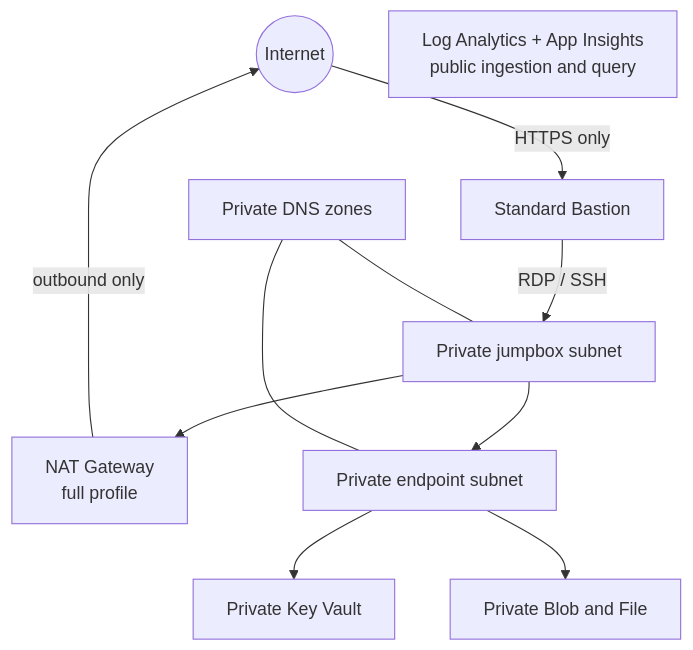
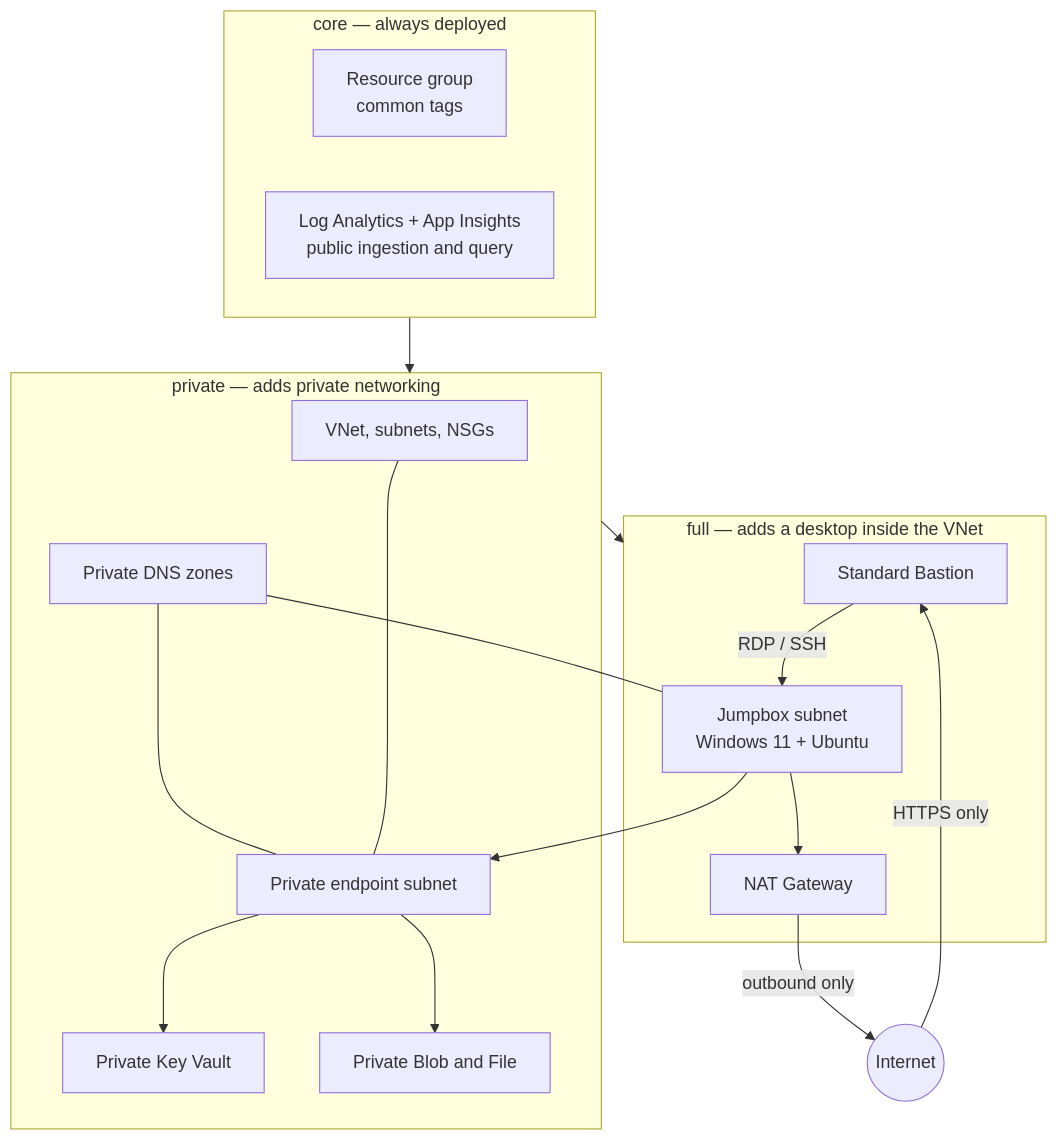
One commit to embergershared/azd-private-starter-template changed the diagram in docs/architecture.md. Above: the diagram before and after it, drawn with Mermaid. The commit also changed other lines of this file and 64 other files, not shown here.

First line of the commit message:
Refactor into universal Azure starter: core layer, profile ladder, module catalog

````diff
--- a/docs/architecture.md
+++ b/docs/architecture.md
@@ -7,13 +23,30 @@
 ```mermaid
 flowchart TB
-  Internet((Internet)) -->|HTTPS only| Bastion[Standard Bastion]
-  Bastion -->|RDP / SSH| Jump[Private jumpbox subnet]
-  NAT[NAT Gateway<br/>full profile] -->|outbound only| Internet
+  subgraph core["core — always deployed"]
+    RG[Resource group<br/>common tags]
+    Monitor[Log Analytics + App Insights<br/>public ingestion and query]
+  end
+  subgraph private["private — adds private networking"]
+    VNet[VNet, subnets, NSGs]
+    DNS[Private DNS zones]
+    PE[Private endpoint subnet]
+    KV[Private Key Vault]
+    ST[Private Blob and File]
+    PE --> KV
+    PE --> ST
+    DNS --- PE
+    VNet --- PE
+  end
+  subgraph full["full — adds a desktop inside the VNet"]
+    Bastion[Standard Bastion]
+    Jump[Jumpbox subnet<br/>Windows 11 + Ubuntu]
+    NAT[NAT Gateway]
+  end
+  Internet((Internet)) -->|HTTPS only| Bastion
+  Bastion -->|RDP / SSH| Jump
   Jump --> NAT
-  Jump --> PE[Private endpoint subnet]
-  PE --> KV[Private Key Vault]
-  PE --> Storage[Private Blob and File]
-  Monitor[Log Analytics + App Insights<br/>public ingestion and query]
-  DNS[Private DNS zones] --- Jump
-  DNS --- PE
+  NAT -->|outbound only| Internet
+  Jump --> PE
+  DNS --- Jump
+  core --> private --> full
 ```
````
